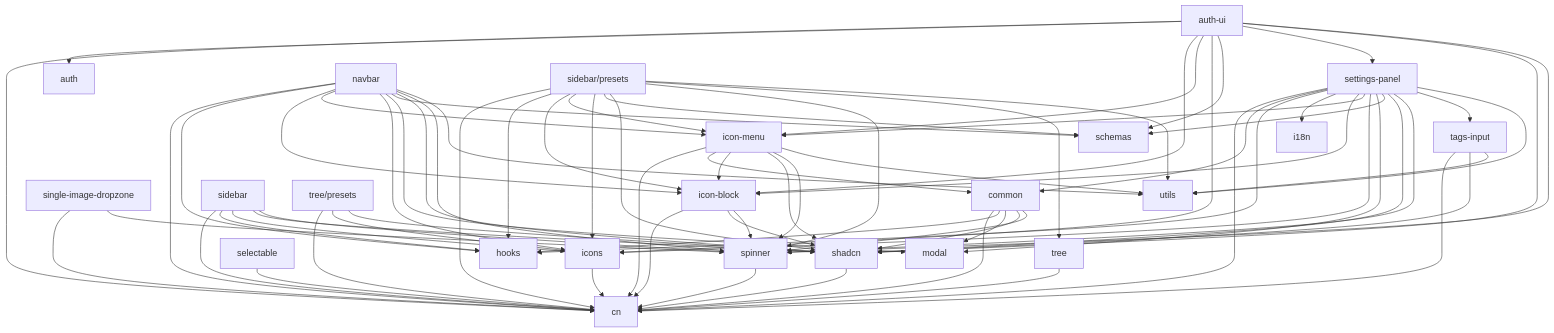
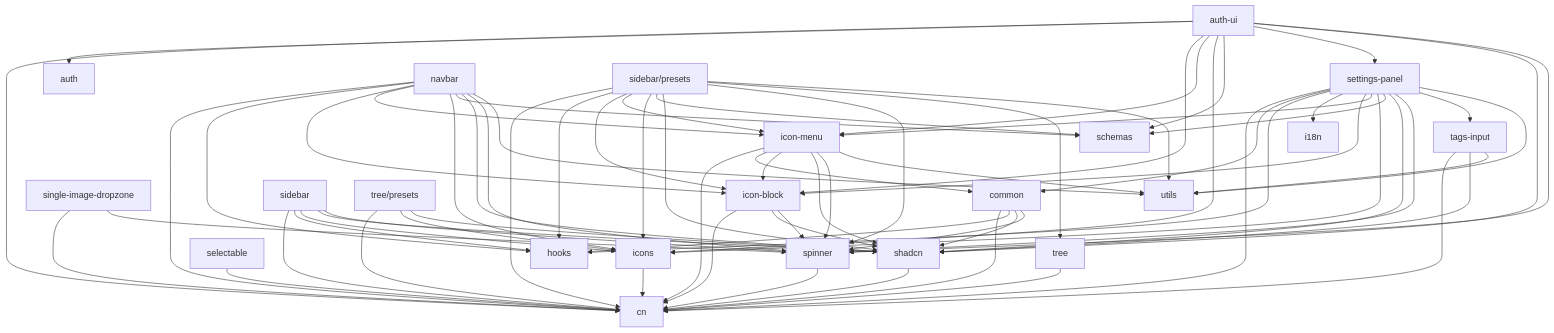
Before and after one commit to steeeee0223/notion-kit: the diagram in package-dependencies.md, drawn with Mermaid. The commit also changed other lines of this file, not shown here.

```diff
--- a/package-dependencies.md
+++ b/package-dependencies.md
@@ -9,7 +9,6 @@
     utils[utils]
     hooks[hooks]
     schemas[schemas]
-    modal[modal]
     i18n[i18n]
     auth[auth]
     
@@ -33,7 +32,6 @@
     
     common --> cn
     common --> hooks
-    common --> modal
     common --> shadcn
     common --> spinner
     
@@ -54,7 +52,6 @@
     settings-panel --> icon-block
     settings-panel --> icon-menu
     settings-panel --> icons
-    settings-panel --> modal
     settings-panel --> schemas
     settings-panel --> shadcn
     settings-panel --> spinner
@@ -66,7 +63,6 @@
     navbar --> icon-block
     navbar --> icon-menu
     navbar --> icons
-    navbar --> modal
     navbar --> schemas
     navbar --> shadcn
     navbar --> spinner
```
